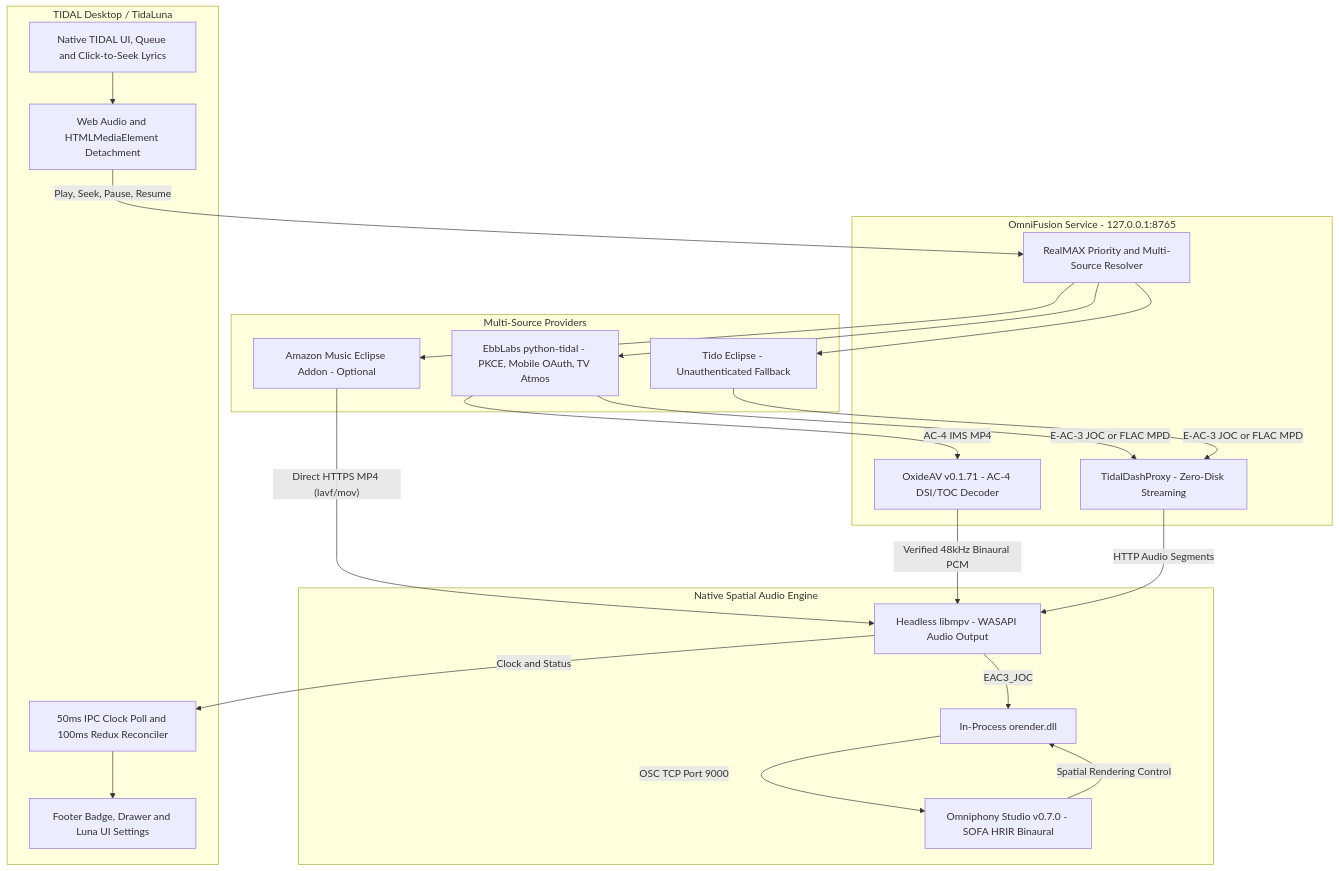
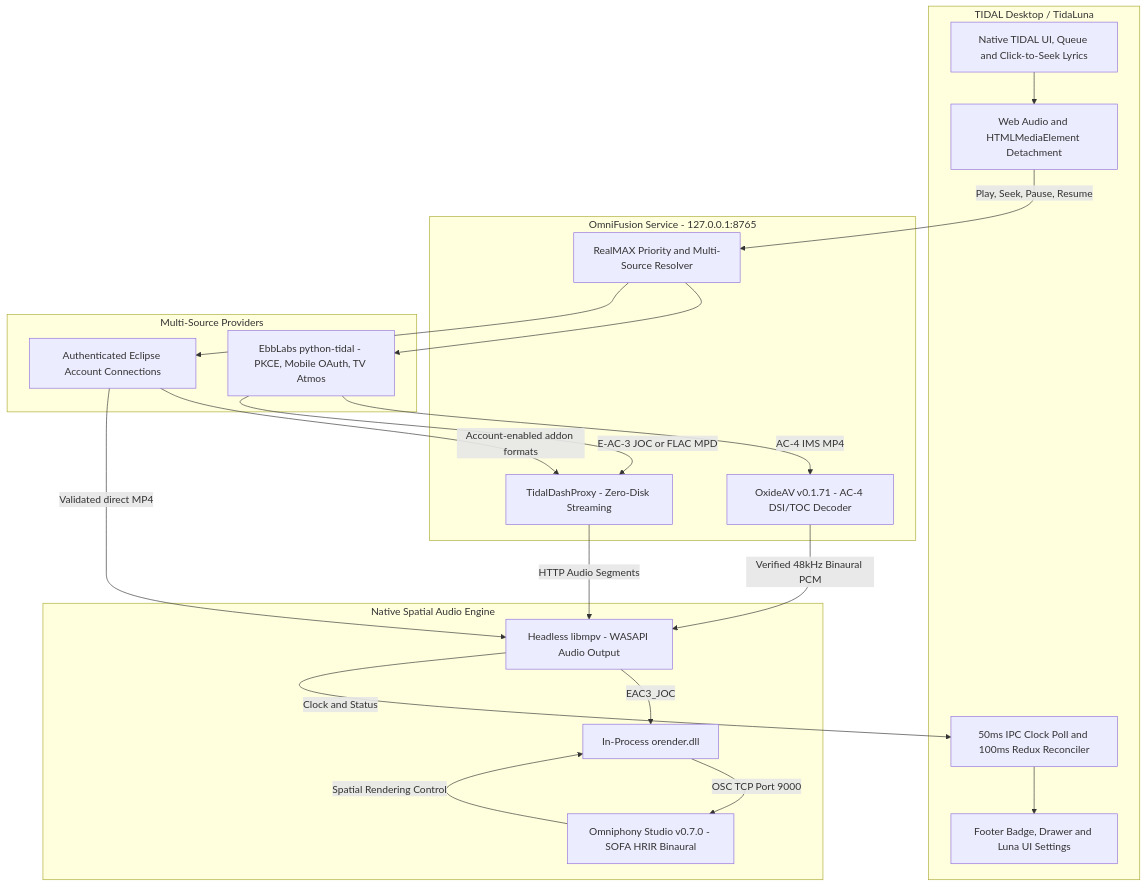
One commit to Cxsmo-ai/Omniphony-EX-Audio-Engine-plugin-for-TIDAL-Luna changed the diagram in README.md. Above: the diagram before and after it, drawn with Mermaid. The commit also changed other lines of this file and 14 other files, not shown here.

Commit message:
Add Eclipse account providers and priority routing

````diff
--- a/README.md
+++ b/README.md
@@ -88,50 +88,48 @@
 ```mermaid
 
 flowchart TD
     subgraph TIDAL["TIDAL Desktop / TidaLuna"]
         UI["Native TIDAL UI, Queue and Click-to-Seek Lyrics"]
         DETACH["Web Audio and HTMLMediaElement Detachment"]
         SYNC["50ms IPC Clock Poll and 100ms Redux Reconciler"]
         BADGE["Footer Badge, Drawer and Luna UI Settings"]
     end
 
     subgraph SERVICE["OmniFusion Service - 127.0.0.1:8765"]
         PRIO["RealMAX Priority and Multi-Source Resolver"]
         DASH["TidalDashProxy - Zero-Disk Streaming"]
         OXIDE["OxideAV v0.1.71 - AC-4 DSI/TOC Decoder"]
     end
 
     subgraph SOURCES["Multi-Source Providers"]
         EBB["EbbLabs python-tidal - PKCE, Mobile OAuth, TV Atmos"]
-        AMZM["Amazon Music Eclipse Addon - Optional"]
-        TIDO["Tido Eclipse - Unauthenticated Fallback"]
+        ECLIPSE["Authenticated Eclipse Account Connections"]
     end
 
     subgraph ENGINE["Native Spatial Audio Engine"]
         MPV["Headless libmpv - WASAPI Audio Output"]
         ORENDER["In-Process orender.dll"]
         STUDIO["Omniphony Studio v0.7.0 - SOFA HRIR Binaural"]
     end
 
     UI --> DETACH
     DETACH -->|"Play, Seek, Pause, Resume"| PRIO
 
     PRIO --> EBB
-    PRIO --> AMZM
-    PRIO --> TIDO
+    PRIO --> ECLIPSE
 
     EBB -->|"AC-4 IMS MP4"| OXIDE
     EBB -->|"E-AC-3 JOC or FLAC MPD"| DASH
-    TIDO -->|"E-AC-3 JOC or FLAC MPD"| DASH
-    AMZM -->|"Direct HTTPS MP4 (lavf/mov)"| MPV
+    ECLIPSE -->|"Account-enabled addon formats"| DASH
+    ECLIPSE -->|"Validated direct MP4"| MPV
 
     OXIDE -->|"Verified 48kHz Binaural PCM"| MPV
     DASH -->|"HTTP Audio Segments"| MPV
 
     MPV -->|"EAC3_JOC"| ORENDER
     ORENDER -->|"OSC TCP Port 9000"| STUDIO
     STUDIO -->|"Spatial Rendering Control"| ORENDER
 
     MPV -->|"Clock and Status"| SYNC
     SYNC --> BADGE
 ```
````
